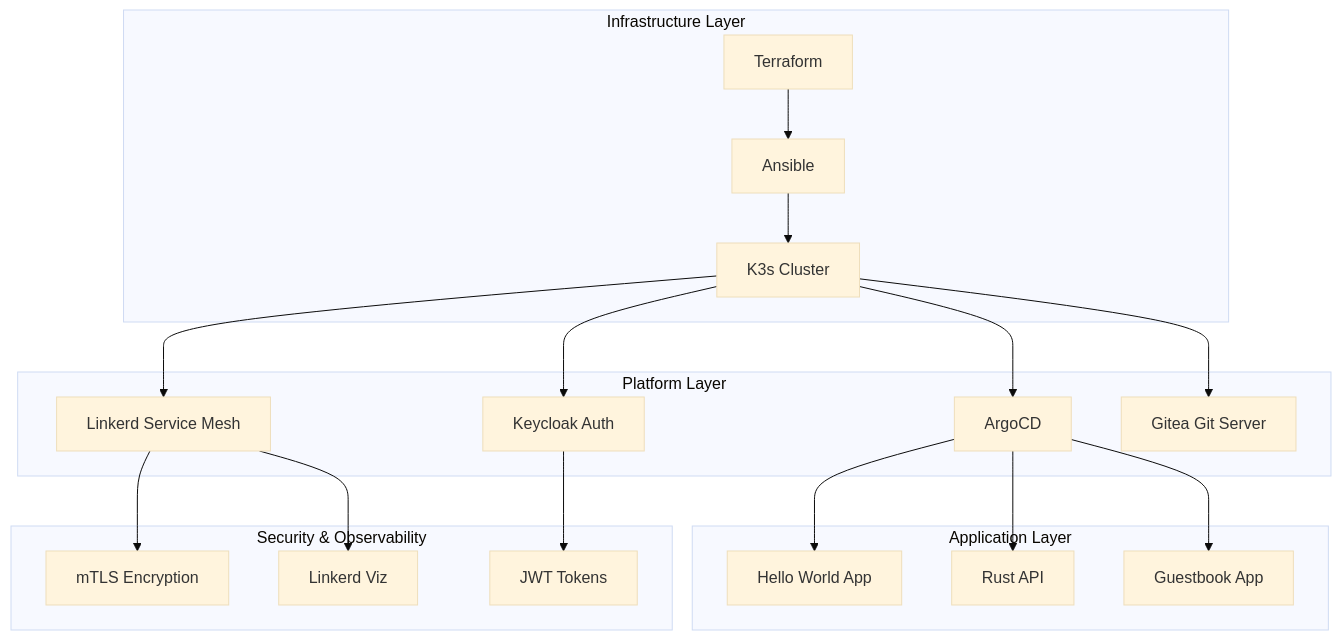
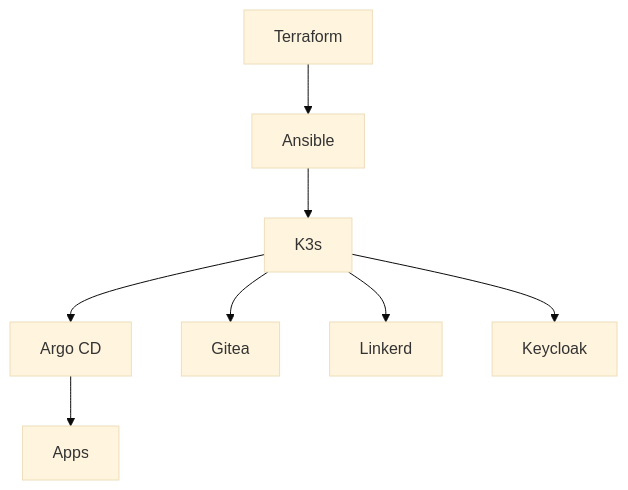
The first of 2 diagrams in README.md (Celine-Coralie-Eni/k3s-lab), drawn with Mermaid (base theme) before and after one commit. The commit also changed other lines of this file and 2 other files, not shown here.

First line of the commit message:
Update ArgoCD app configuration to use internal Gitea URL and modify hello-world deployment for Keycloak integration

````diff
--- a/README.md
+++ b/README.md
@@ -22,26 +20,10 @@
 ```mermaid
 graph TB
-    subgraph "Infrastructure Layer"
-        TF[Terraform] --> ANS[Ansible]
-        ANS --> K3S[K3s Cluster]
-    end
-    
-    subgraph "Platform Layer"
-        K3S --> ARGO[ArgoCD]
-        K3S --> LINKERD[Linkerd Service Mesh]
-        K3S --> KEYCLOAK[Keycloak Auth]
-        K3S --> GITEA[Gitea Git Server]
-    end
-    
-    subgraph "Application Layer"
-        ARGO --> APP1[Hello World App]
-        ARGO --> APP2[Rust API]
-        ARGO --> APP3[Guestbook App]
-    end
-    
-    subgraph "Security & Observability"
-        LINKERD --> MTLS[mTLS Encryption]
-        LINKERD --> VIZ[Linkerd Viz]
-        KEYCLOAK --> JWT[JWT Tokens]
-    end
+  TF[Terraform] --> ANS[Ansible]
+  ANS --> K3S[K3s]
+  K3S --> ARGO[Argo CD]
+  K3S --> GITEA[Gitea]
+  K3S --> LINK[Linkerd]
+  K3S --> KC[Keycloak]
+  ARGO --> APP[Apps]
 ```
````
